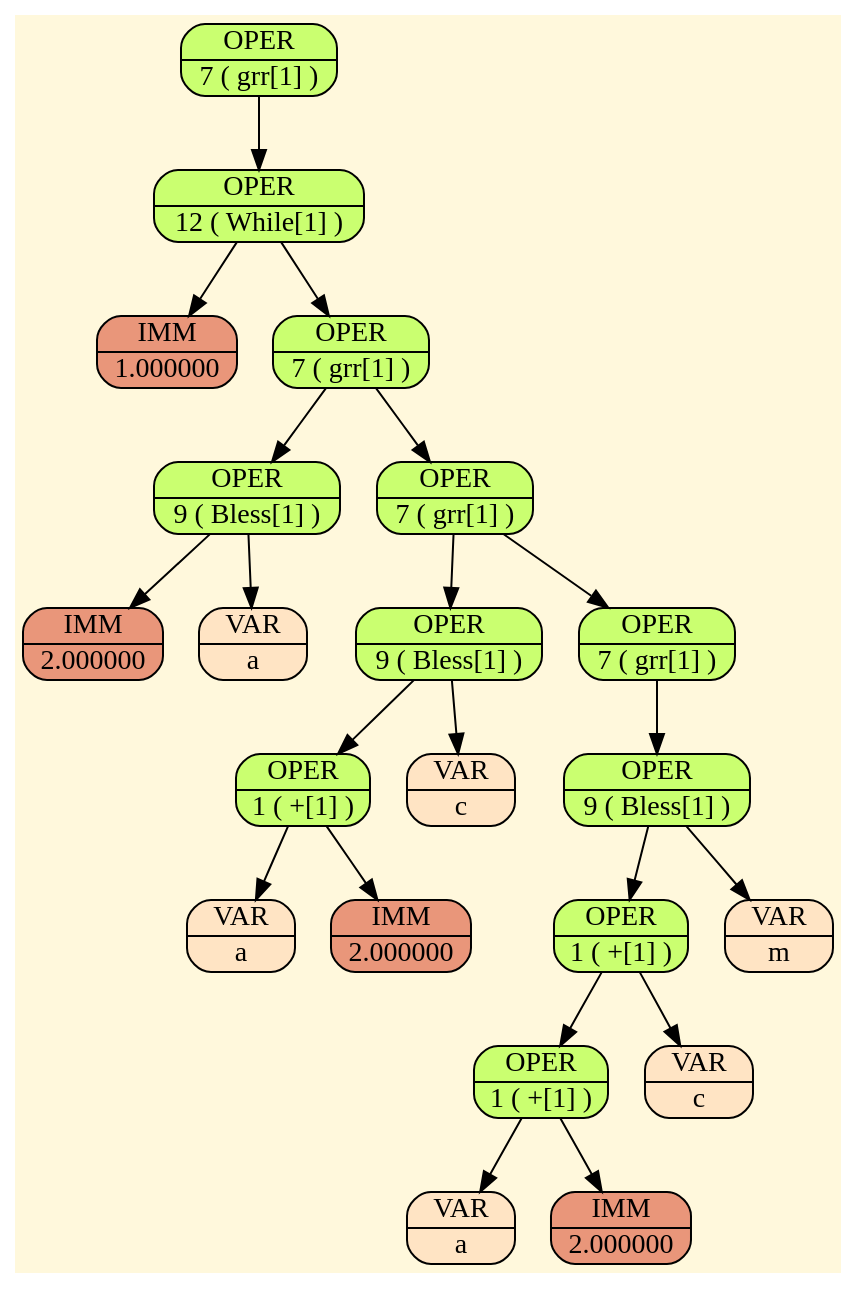
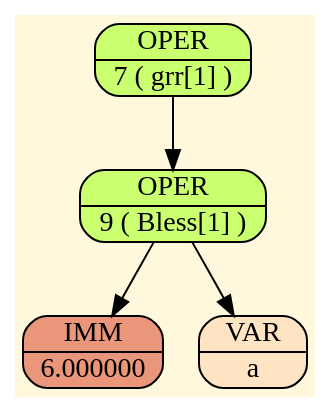
Before and after one commit to SvetoCopy/RapLang: the diagram in ProgrammLang/graph.gv, drawn with Graphviz. The commit also changed 29 other files, not shown here.

```diff
--- a/ProgrammLang/graph.gv
+++ b/ProgrammLang/graph.gv
@@ -1,44 +1,10 @@
 digraph Tree 
 { bgcolor="cornsilk1";node[margin = "0.01"];
-"node_000002E0ACC9A210" [shape=Mrecord, style=filled, fillcolor=darkolivegreen1, label = "{ OPER | 7 ( grr[1] ) }"];
-"node_000002E0ACC99BF0" [shape=Mrecord, style=filled, fillcolor=darkolivegreen1, label = "{ OPER | 12 ( While[1] ) }"];
-"node_000002E0ACC99CD0" [shape=Mrecord, style=filled, fillcolor=darksalmon, label = "{ IMM | 1.000000 }"];
-"node_000002E0ACC9A2F0" [shape=Mrecord, style=filled, fillcolor=darkolivegreen1, label = "{ OPER | 7 ( grr[1] ) }"];
-"node_000002E0ACC98F40" [shape=Mrecord, style=filled, fillcolor=darkolivegreen1, label = "{ OPER | 9 ( Bless[1] ) }"];
-"node_000002E0ACC99D40" [shape=Mrecord, style=filled, fillcolor=darksalmon, label = "{ IMM | 2.000000 }"];
-"node_000002E0ACC9A0C0" [shape=Mrecord, style=filled, fillcolor=bisque, label = "{ VAR | a }"];
-"node_000002E0ACC99E20" [shape=Mrecord, style=filled, fillcolor=darkolivegreen1, label = "{ OPER | 7 ( grr[1] ) }"];
-"node_000002E0ACC98E60" [shape=Mrecord, style=filled, fillcolor=darkolivegreen1, label = "{ OPER | 9 ( Bless[1] ) }"];
-"node_000002E0ACC99E90" [shape=Mrecord, style=filled, fillcolor=darkolivegreen1, label = "{ OPER | 1 ( +[1] ) }"];
-"node_000002E0ACC99790" [shape=Mrecord, style=filled, fillcolor=bisque, label = "{ VAR | a }"];
-"node_000002E0ACC99DB0" [shape=Mrecord, style=filled, fillcolor=darksalmon, label = "{ IMM | 2.000000 }"];
-"node_000002E0ACC98920" [shape=Mrecord, style=filled, fillcolor=bisque, label = "{ VAR | c }"];
-"node_000002E0ACC99560" [shape=Mrecord, style=filled, fillcolor=darkolivegreen1, label = "{ OPER | 7 ( grr[1] ) }"];
-"node_000002E0ACC998E0" [shape=Mrecord, style=filled, fillcolor=darkolivegreen1, label = "{ OPER | 9 ( Bless[1] ) }"];
-"node_000002E0ACC99800" [shape=Mrecord, style=filled, fillcolor=darkolivegreen1, label = "{ OPER | 1 ( +[1] ) }"];
-"node_000002E0ACC99100" [shape=Mrecord, style=filled, fillcolor=darkolivegreen1, label = "{ OPER | 1 ( +[1] ) }"];
-"node_000002E0ACC992C0" [shape=Mrecord, style=filled, fillcolor=bisque, label = "{ VAR | a }"];
-"node_000002E0ACC99720" [shape=Mrecord, style=filled, fillcolor=darksalmon, label = "{ IMM | 2.000000 }"];
-"node_000002E0ACC99480" [shape=Mrecord, style=filled, fillcolor=bisque, label = "{ VAR | c }"];
-"node_000002E0ACC99330" [shape=Mrecord, style=filled, fillcolor=bisque, label = "{ VAR | m }"];
-node_000002E0ACC9A210->node_000002E0ACC99BF0
-node_000002E0ACC99BF0->node_000002E0ACC99CD0
-node_000002E0ACC99BF0->node_000002E0ACC9A2F0
-node_000002E0ACC9A2F0->node_000002E0ACC98F40
-node_000002E0ACC9A2F0->node_000002E0ACC99E20
-node_000002E0ACC98F40->node_000002E0ACC99D40
-node_000002E0ACC98F40->node_000002E0ACC9A0C0
-node_000002E0ACC99E20->node_000002E0ACC98E60
-node_000002E0ACC99E20->node_000002E0ACC99560
-node_000002E0ACC98E60->node_000002E0ACC99E90
-node_000002E0ACC98E60->node_000002E0ACC98920
-node_000002E0ACC99E90->node_000002E0ACC99790
-node_000002E0ACC99E90->node_000002E0ACC99DB0
-node_000002E0ACC99560->node_000002E0ACC998E0
-node_000002E0ACC998E0->node_000002E0ACC99800
-node_000002E0ACC998E0->node_000002E0ACC99330
-node_000002E0ACC99800->node_000002E0ACC99100
-node_000002E0ACC99800->node_000002E0ACC99480
-node_000002E0ACC99100->node_000002E0ACC992C0
-node_000002E0ACC99100->node_000002E0ACC99720
+"node_000001A977B998B0" [shape=Mrecord, style=filled, fillcolor=darkolivegreen1, label = "{ OPER | 7 ( grr[1] ) }"];
+"node_000001A977B996F0" [shape=Mrecord, style=filled, fillcolor=darkolivegreen1, label = "{ OPER | 9 ( Bless[1] ) }"];
+"node_000001A977B98810" [shape=Mrecord, style=filled, fillcolor=darksalmon, label = "{ IMM | 6.000000 }"];
+"node_000001A977B99B50" [shape=Mrecord, style=filled, fillcolor=bisque, label = "{ VAR | a }"];
+node_000001A977B998B0->node_000001A977B996F0
+node_000001A977B996F0->node_000001A977B98810
+node_000001A977B996F0->node_000001A977B99B50
 }
```
